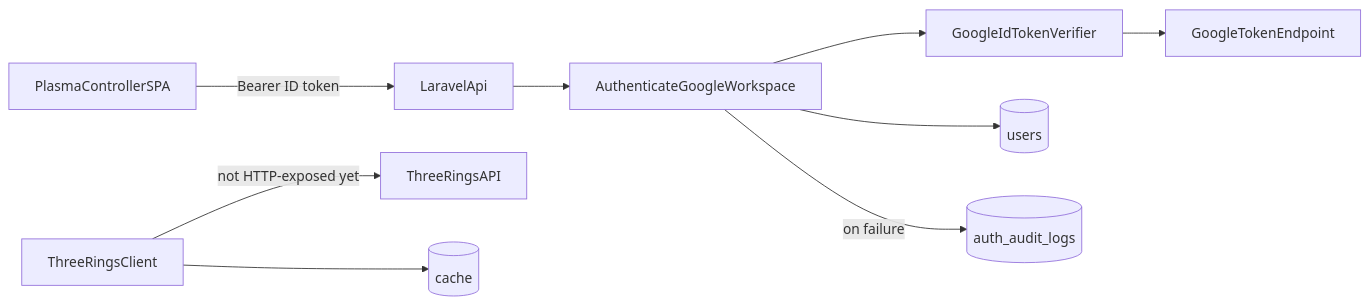
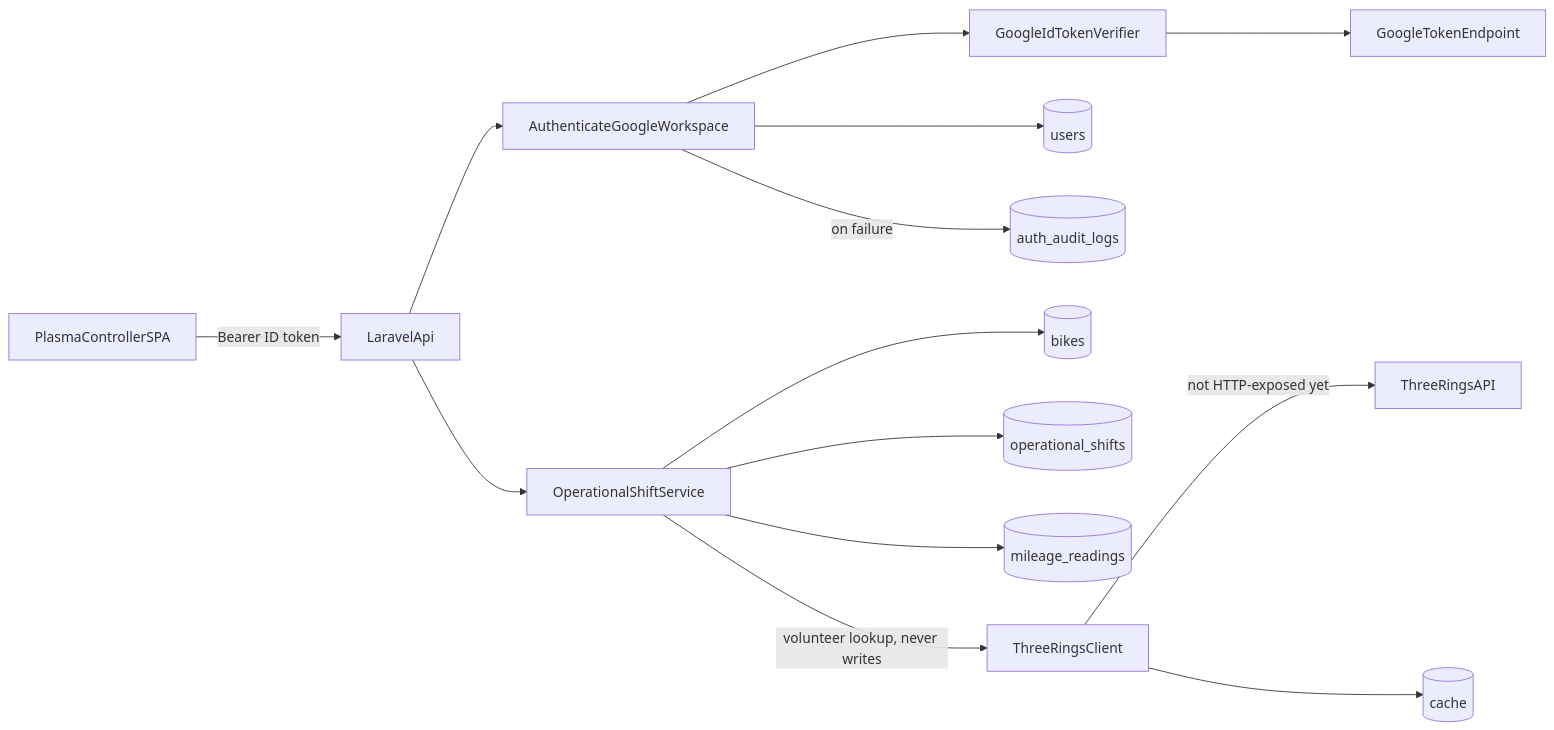
One commit to blood-bikes-wales/plasma-api changed the diagram in docs/technical/architecture.md. Above: the diagram before and after it, drawn with Mermaid. The commit also changed other lines of this file and 26 other files, not shown here.

First line of the commit message:
[PLM-34] Add operational shift logon and logoff. (#9)

````diff
--- a/docs/technical/architecture.md
+++ b/docs/technical/architecture.md
@@ -21,11 +22,16 @@
 ```mermaid
 flowchart LR
   Spa[PlasmaControllerSPA] -->|"Bearer ID token"| Api[LaravelApi]
   Api --> AuthMw[AuthenticateGoogleWorkspace]
   AuthMw --> Verifier[GoogleIdTokenVerifier]
   Verifier --> Google[GoogleTokenEndpoint]
   AuthMw --> Users[(users)]
   AuthMw -->|"on failure"| Audit[(auth_audit_logs)]
-  Services[ThreeRingsClient] -->|"not HTTP-exposed yet"| ThreeR[ThreeRingsAPI]
-  Services --> Cache[(cache)]
+  Api --> Shifts[OperationalShiftService]
+  Shifts --> Bikes[(bikes)]
+  Shifts --> Duty[(operational_shifts)]
+  Shifts --> Mileage[(mileage_readings)]
+  Shifts -->|"volunteer lookup, never writes"| ThreeRingsClient
+  ThreeRingsClient -->|"not HTTP-exposed yet"| ThreeR[ThreeRingsAPI]
+  ThreeRingsClient --> Cache[(cache)]
 ```
````
